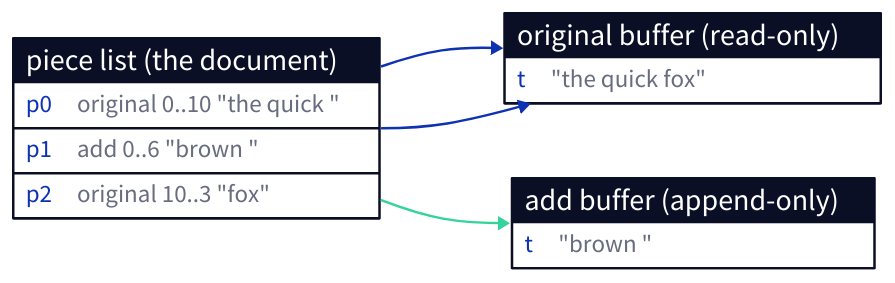
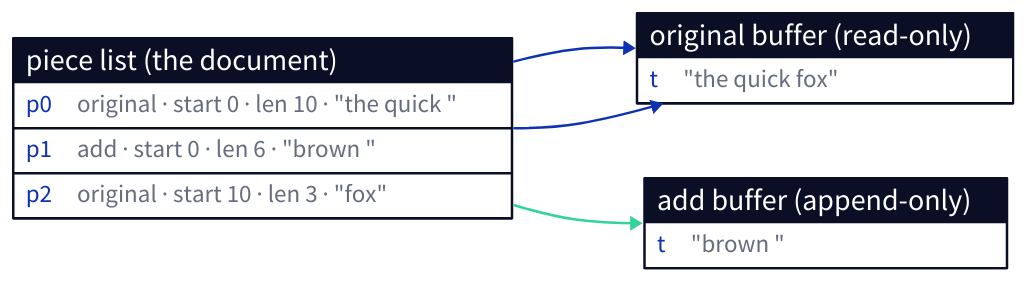
Before and after one commit to michael-duren/rubber-duck: the second of 2 diagrams in courses/gui-editor-cpp.md, drawn with D2. The commit also changed other lines of this file and 29 other files, not shown here.

````diff
--- a/courses/gui-editor-cpp.md
+++ b/courses/gui-editor-cpp.md
@@ -2718,24 +2717,24 @@
 ```d2
 direction: right
 
 pieces: "piece list (the document)" {
   shape: sql_table
-  p0: "original  0..10   \"the quick \""
-  p1: "add       0..6    \"brown \""
-  p2: "original  10..3   \"fox\""
+  p0: "original · start 0 · len 10 · \"the quick \""
+  p1: "add · start 0 · len 6 · \"brown \""
+  p2: "original · start 10 · len 3 · \"fox\""
 }
 
 orig: "original buffer (read-only)" {
   shape: sql_table
   t: "\"the quick fox\""
 }
 
 add: "add buffer (append-only)" {
   shape: sql_table
   t: "\"brown \""
 }
 
 pieces.p0 -> orig.t
+pieces.p1 -> add.t {style.stroke: "#34d399"; style.stroke-width: 2}
 pieces.p2 -> orig.t
-pieces.p1 -> add.t {style.stroke: "#34d399"; style.stroke-width: 2}
 ```
````
